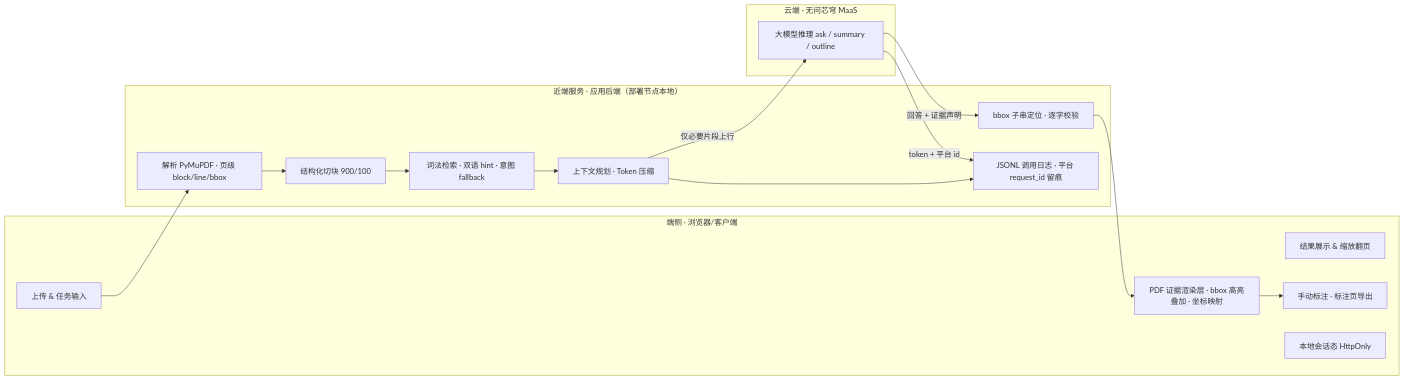
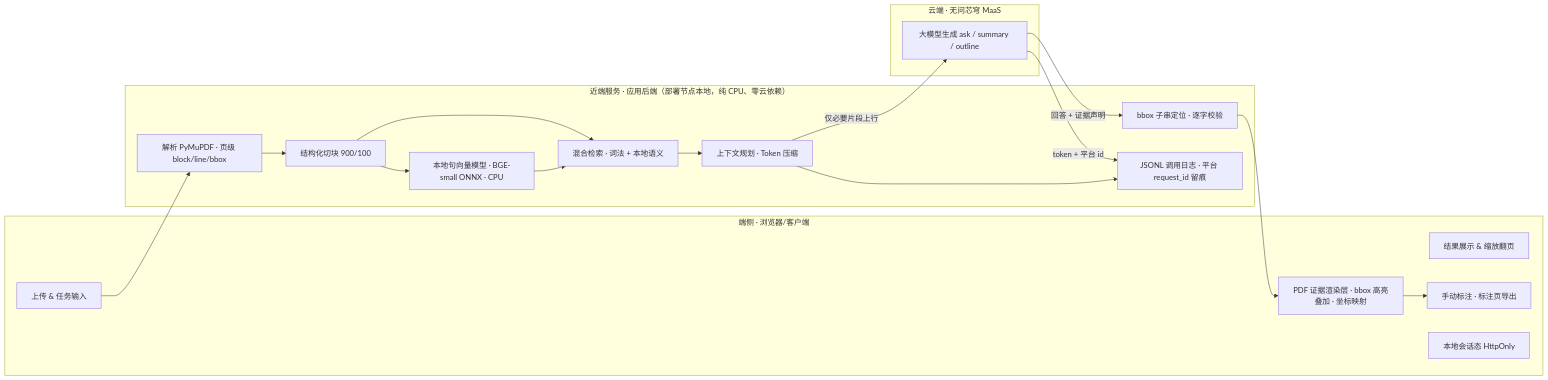
The diagram in evidence/materials/ARCHITECTURE.md (leschgeorge3131996-eng/-), drawn with Mermaid before and after one commit. The commit also changed other lines of this file and 17 other files, not shown here.

````diff
--- a/evidence/materials/ARCHITECTURE.md
+++ b/evidence/materials/ARCHITECTURE.md
@@ -5,27 +5,29 @@
 ```mermaid
 flowchart LR
     subgraph Edge["端侧 · 浏览器/客户端"]
       U[上传 & 任务输入]
       V[结果展示 & 缩放翻页]
       P[PDF 证据渲染层 · bbox 高亮叠加 · 坐标映射]
       MK[手动标注 · 标注页导出]
       SS[本地会话态 HttpOnly]
     end
-    subgraph Near["近端服务 · 应用后端（部署节点本地）"]
+    subgraph Near["近端服务 · 应用后端（部署节点本地，纯 CPU、零云依赖）"]
       PA[解析 PyMuPDF · 页级 block/line/bbox]
       CK[结构化切块 900/100]
-      RT[词法检索 · 双语 hint · 意图 fallback]
+      EMB[本地句向量模型 · BGE-small ONNX · CPU]
+      RT[混合检索 · 词法 + 本地语义]
       CP[上下文规划 · Token 压缩]
       BB[bbox 子串定位 · 逐字校验]
       LG[JSONL 调用日志 · 平台 request_id 留痕]
     end
     subgraph Cloud["云端 · 无问芯穹 MaaS"]
-      QA[大模型推理 ask / summary / outline]
+      QA[大模型生成 ask / summary / outline]
     end
     U --> PA --> CK --> RT --> CP
+    CK --> EMB --> RT
     CP -->|仅必要片段上行| QA
     QA -->|回答 + 证据声明| BB --> P
     CP --> LG
     QA -->|token + 平台 id| LG
     P --> MK
 ```
````
